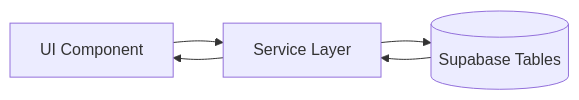
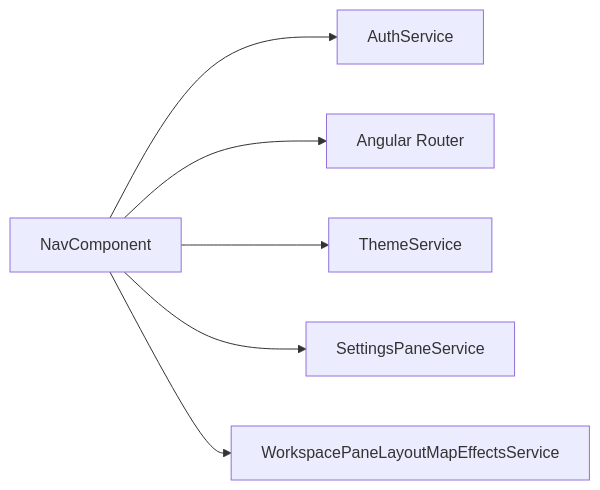
The diagram in docs/specs/component/workspace/sidebar.md (matkleve/feldpost), drawn with Mermaid before and after one commit. The commit also changed other lines of this file and 18 other files, not shown here.

````diff
--- a/docs/specs/component/workspace/sidebar.md
+++ b/docs/specs/component/workspace/sidebar.md
@@ -179,7 +81,8 @@
 ```mermaid
 flowchart LR
-  UI[UI Component] --> S[Service Layer]
-  S --> DB[(Supabase Tables)]
-  DB --> S
-  S --> UI
+  Nav[NavComponent] --> Auth[AuthService]
+  Nav --> Router[Angular Router]
+  Nav --> Theme[ThemeService]
+  Nav --> Settings[SettingsPaneService]
+  Nav --> MapFX[WorkspacePaneLayoutMapEffectsService]
 ```
````
